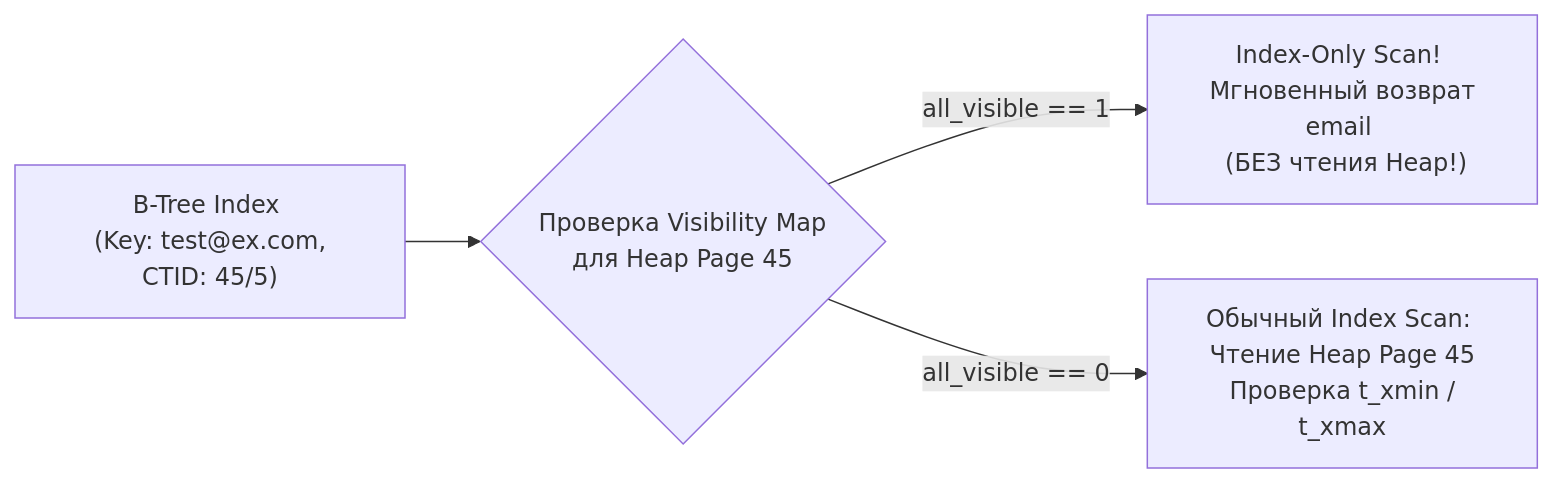
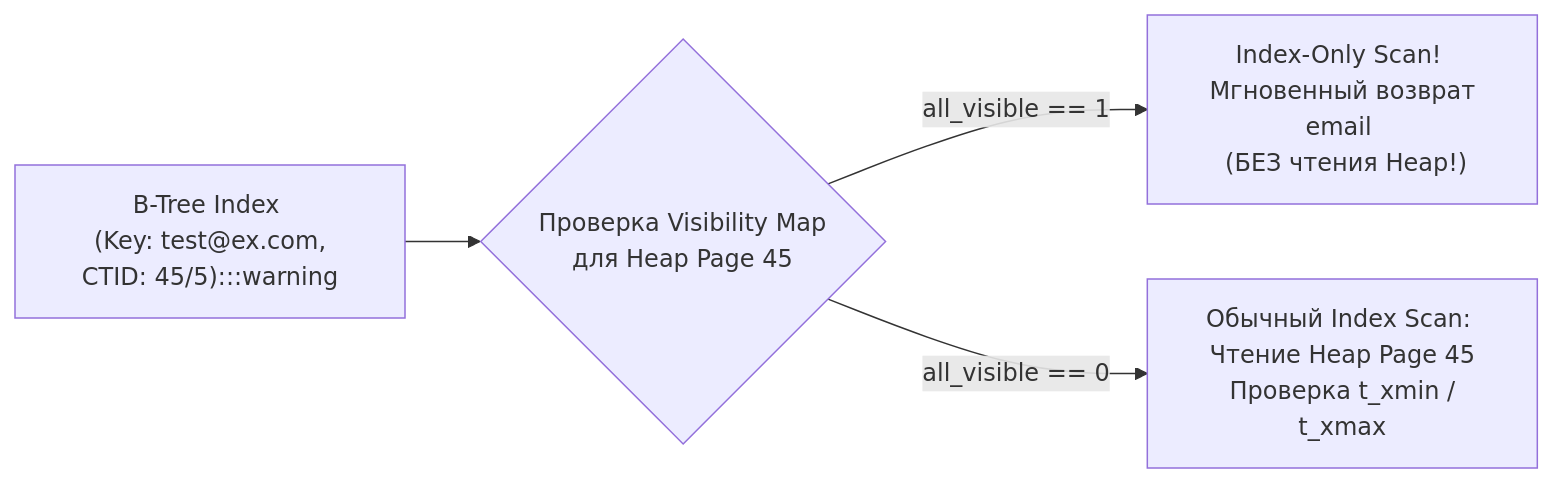
The second of 3 diagrams in sources/12. Базы данных/06. PostgreSQL/4. Индексы в PostgreSQL.md (UnrealTemplier/go-textbook), drawn with Mermaid before and after one commit. The commit also changed other lines of this file and 1666 other files, not shown here.

First line of the commit message:
feat(mermaid): add semantic color classDef to 1369 colorless flowchart/graph diagrams

````diff
--- a/sources/12. Базы данных/06. PostgreSQL/4. Индексы в PostgreSQL.md
+++ b/sources/12. Базы данных/06. PostgreSQL/4. Индексы в PostgreSQL.md
@@ -83,6 +93,16 @@
 ```mermaid
 flowchart LR
-    Idx["B-Tree Index <br> (Key: test@ex.com, CTID: 45/5)"] --> VMCheck{"Проверка Visibility Map <br> для Heap Page 45"}
+    classDef process  fill:#1e293b,stroke:#38bdf8,stroke-width:1px,color:#f8fafc
+    classDef success  fill:#064e3b,stroke:#34d399,stroke-width:1px,color:#f8fafc
+    classDef error    fill:#7f1d1d,stroke:#f87171,stroke-width:1px,color:#f8fafc
+    classDef warning  fill:#78350f,stroke:#fbbf24,stroke-width:1px,color:#f8fafc
+    classDef entry    fill:#1e3a5f,stroke:#38bdf8,stroke-width:2px,color:#f8fafc
+    classDef aux      fill:#334155,stroke:#64748b,stroke-width:1px,color:#f8fafc
+    classDef system   fill:#312e81,stroke:#a78bfa,stroke-width:1px,color:#f8fafc
+    classDef data     fill:#132d29,stroke:#2dd4bf,stroke-width:1px,color:#f8fafc
+    classDef network  fill:#881337,stroke:#fb7185,stroke-width:1px,color:#f8fafc
+    classDef accent   fill:#1e1b4b,stroke:#818cf8,stroke-width:1px,color:#f8fafc
+    Idx["B-Tree Index <br> (Key: test@ex.com, CTID: 45/5):::warning"] --> VMCheck{"Проверка Visibility Map <br> для Heap Page 45"}
     VMCheck -- "all_visible == 1" --> ReturnVal["Index-Only Scan! <br> Мгновенный возврат email <br> (БЕЗ чтения Heap!)"]
     VMCheck -- "all_visible == 0" --> HeapJump["Обычный Index Scan: <br> Чтение Heap Page 45 <br> Проверка t_xmin / t_xmax"]
 ```
````
